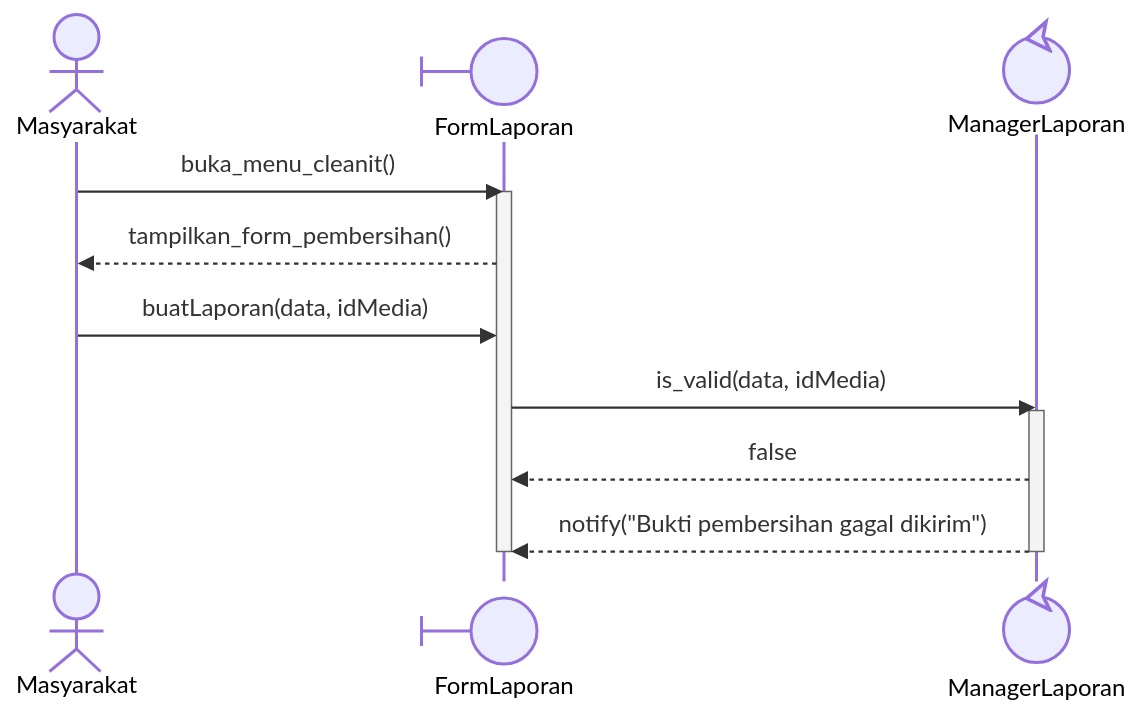
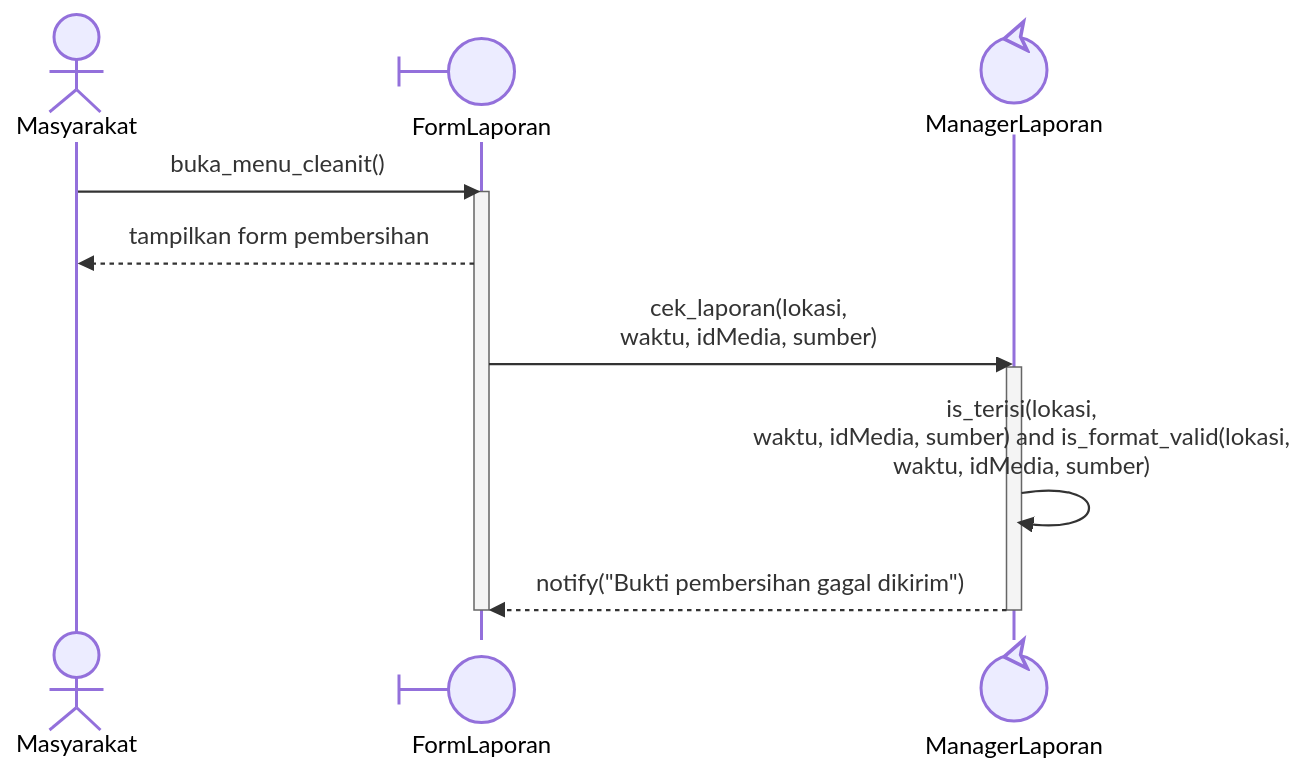
Diagram 17 of 29 in docs/M8/K03_G02_DPPL2.md (star-scripter/IF2150-RPL-K03-G02), drawn with Mermaid before and after one commit. The commit also changed other lines of this file, not shown here.

````diff
--- a/docs/M8/K03_G02_DPPL2.md
+++ b/docs/M8/K03_G02_DPPL2.md
@@ -951,19 +949,18 @@
 ```mermaid
 %%{init: {'themeCSS': '.actor-line { stroke-dasharray: 4, 4; }'}}%%
 sequenceDiagram
     actor M as Masyarakat
     participant FL@{"type":"boundary"} as FormLaporan
     participant ML@{"type":"control"} as ManagerLaporan
 
     M->>FL: buka_menu_cleanit()
     activate FL
-    FL-->>M: tampilkan_form_pembersihan()
+    FL-->>M: tampilkan form pembersihan
 
-    M->>FL: buatLaporan(data, idMedia)
-    FL->>ML: is_valid(data, idMedia)
+    FL->>ML: cek_laporan(lokasi, <br/>waktu, idMedia, sumber)
     activate ML
-    ML-->>FL: false
+    ML->>ML: is_terisi(lokasi, <br/>waktu, idMedia, sumber) and is_format_valid(lokasi, <br/>waktu, idMedia, sumber)
     ML-->>FL: notify("Bukti pembersihan gagal dikirim")
     deactivate ML
     deactivate FL
 ```
````
